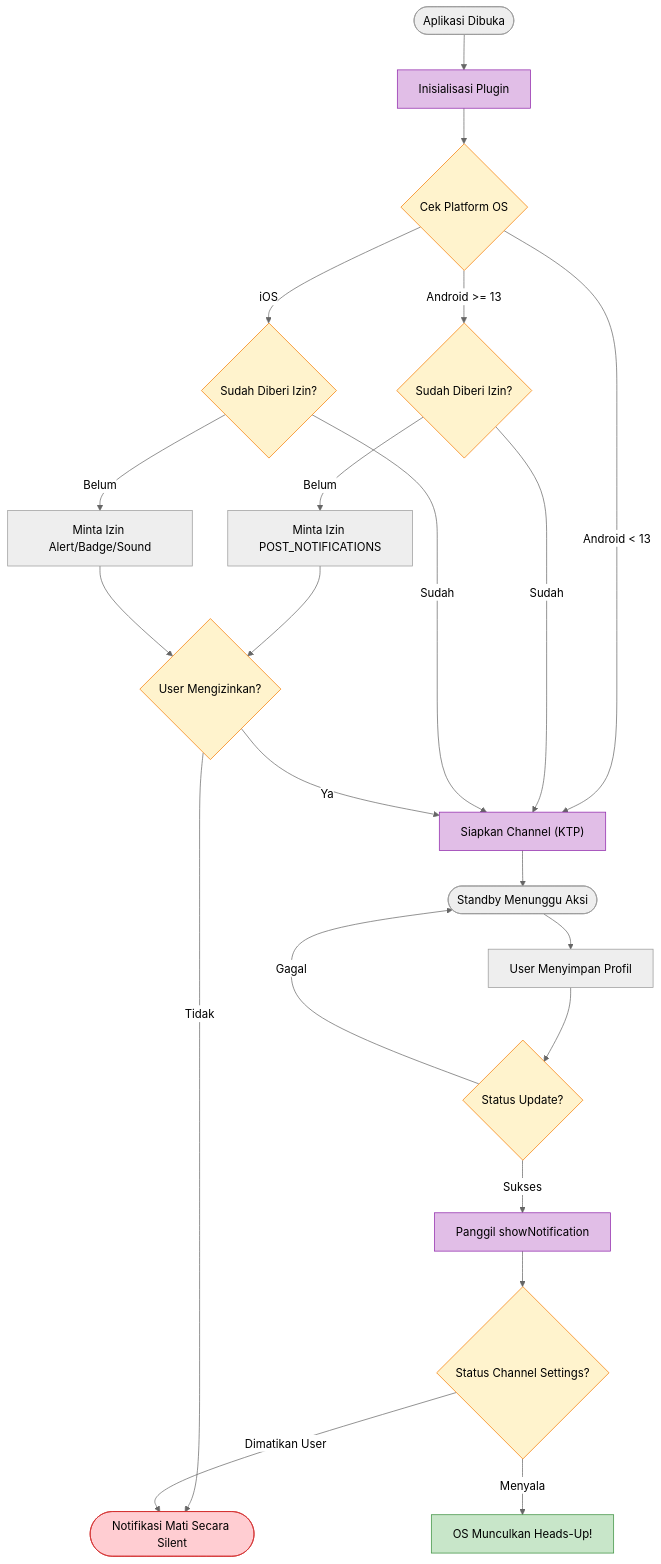
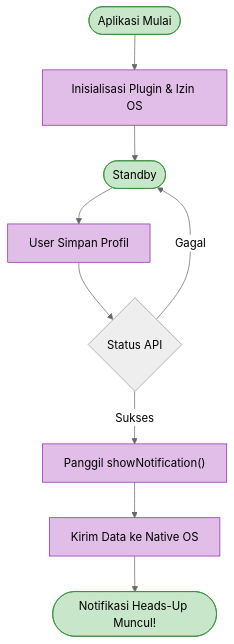
Before and after one commit to nunutech40/news-app-flutter: the sixth of 6 diagrams in docs/features/update_profile.md, drawn with Mermaid (neutral theme).

Commit message:
docs: simplify local notification flowchart

````diff
--- a/docs/features/update_profile.md
+++ b/docs/features/update_profile.md
@@ -221,40 +221,20 @@
 ```mermaid
 flowchart TD
-    A(["Aplikasi Dibuka"]) --> B["Inisialisasi Plugin"]
-    B --> C{"Cek Platform OS"}
+    A(["Aplikasi Mulai"]) --> B["Inisialisasi Plugin & Izin OS"]
+    B --> C(["Standby"])
     
-    C -- "Android < 13" --> D["Siapkan Channel (KTP)"]
-    C -- "Android >= 13" --> E{"Sudah Diberi Izin?"}
-    C -- "iOS" --> F{"Sudah Diberi Izin?"}
+    C --> D["User Simpan Profil"]
+    D --> E{"Status API"}
     
-    E -- Belum --> G["Minta Izin POST_NOTIFICATIONS"]
-    F -- Belum --> H["Minta Izin Alert/Badge/Sound"]
+    E -- Gagal --> C
+    E -- Sukses --> F["Panggil showNotification()"]
     
-    G --> I{"User Mengizinkan?"}
-    H --> I
+    F --> G["Kirim Data ke Native OS"]
+    G --> H(["Notifikasi Heads-Up Muncul!"])
     
-    E -- Sudah --> D
-    F -- Sudah --> D
-    I -- Ya --> D
-    I -- Tidak --> Z(["Notifikasi Mati Secara Silent"])
+    classDef main fill:#c8e6c9,stroke:#388e3c,color:#000
+    classDef process fill:#e1bee7,stroke:#8e24aa,color:#000
     
-    D --> J(["Standby Menunggu Aksi"])
-    J --> K["User Menyimpan Profil"]
-    K --> L{"Status Update?"}
-    L -- Sukses --> M["Panggil showNotification"]
-    L -- Gagal --> J
-    
-    M --> N{"Status Channel Settings?"}
-    N -- Dimatikan User --> Z
-    N -- Menyala --> O["OS Munculkan Heads-Up!"]
-    
-    classDef init fill:#e1bee7,stroke:#8e24aa,color:#000
-    classDef check fill:#fff3cd,stroke:#f57c00,color:#000
-    classDef action fill:#c8e6c9,stroke:#388e3c,color:#000
-    classDef stop fill:#ffcdd2,stroke:#d32f2f,color:#000
-    
-    class B,D,M init
-    class C,E,F,I,L,N check
-    class O action
-    class Z stop
+    class A,C,H main
+    class B,D,F,G process
 ```
````
